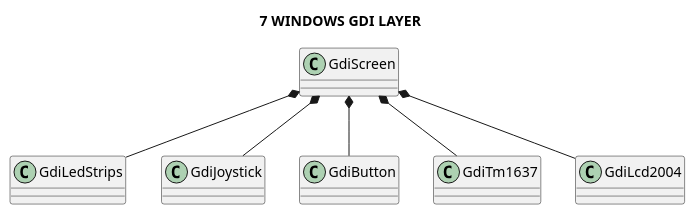
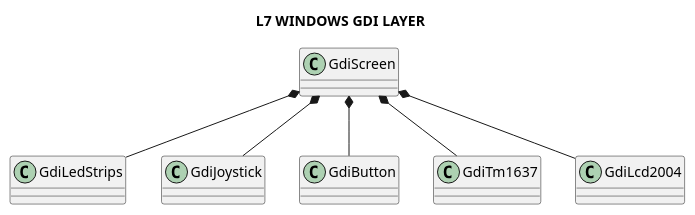
One commit to michelkeijzers/fraxis changed the diagram in Docs/Software Design/Layers/L7_windows_gdi_layer.puml. Above: the diagram before and after it, drawn with PlantUML. The commit also changed 122 other files, not shown here.

```diff
--- a/Docs/Software Design/Layers/L7_windows_gdi_layer.puml
+++ b/Docs/Software Design/Layers/L7_windows_gdi_layer.puml
@@ -1,21 +1,21 @@
 @startuml
 
-title 7 WINDOWS GDI LAYER
+title L7 WINDOWS GDI LAYER
 
 skinparam packageStyle rectangle
 skinparam lineThickness 2
 
 class GdiScreen {}
 class GdiLedStrips {}
 class GdiJoystick {}
 class GdiButton {}
 class GdiTm1637 {}    
 class GdiLcd2004 {}
 
 GdiScreen *-- GdiLedStrips
 GdiScreen *-- GdiJoystick
 GdiScreen *-- GdiButton 
 GdiScreen *-- GdiTm1637
 GdiScreen *-- GdiLcd2004 
 
 @enduml
```
